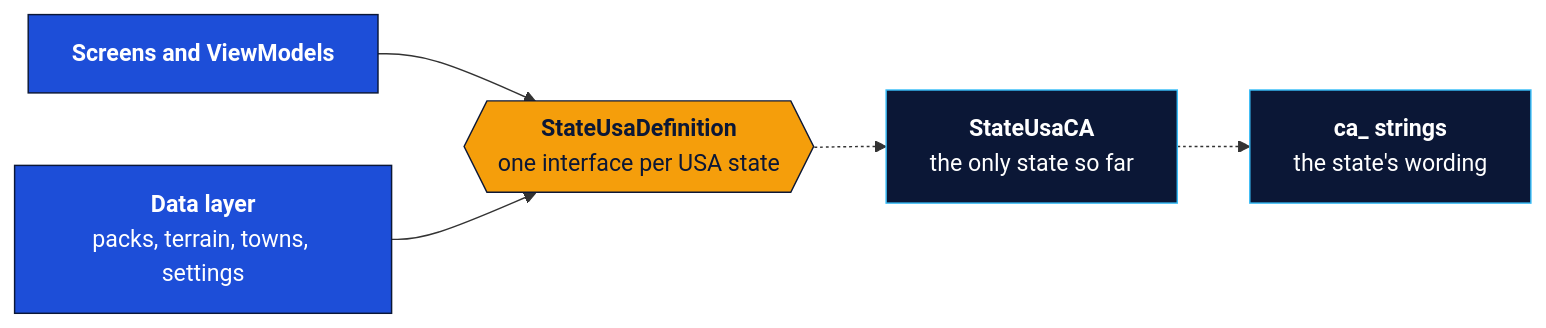
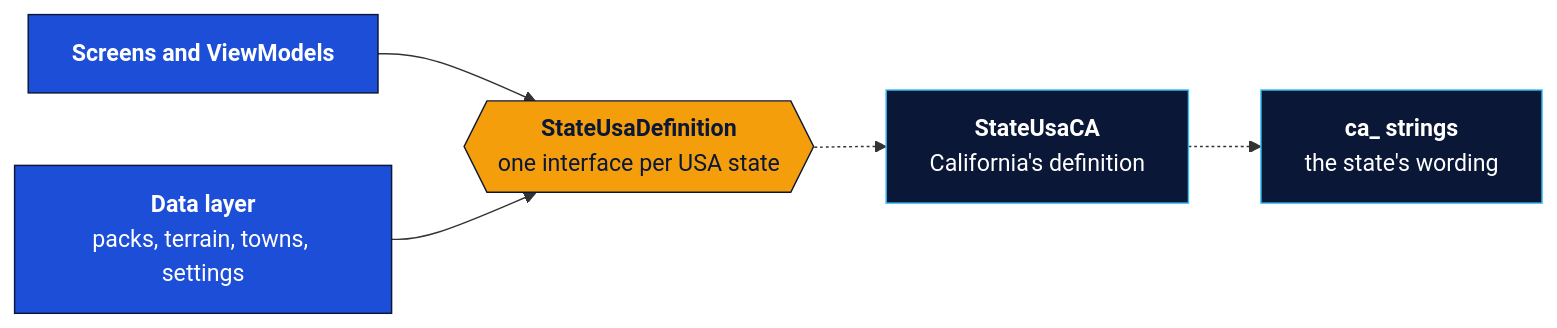
Before and after one commit to GeneSJC/CaliClimates_Kotlin: the second of 2 diagrams in README.md, drawn with Mermaid. The commit also changed other lines of this file and 1 other file, not shown here.

First line of the commit message:
README: the Architecture section follows the Code Fix Panda format

````diff
--- a/README.md
+++ b/README.md
@@ -282,13 +301,13 @@
 ```mermaid
 flowchart LR
     S["<b>Screens and ViewModels</b>"] --> D{{"<b>StateUsaDefinition</b><br/>one interface per USA state"}}
     L["<b>Data layer</b><br/>packs, terrain, towns, settings"] --> D
-    D -.-> CA["<b>StateUsaCA</b><br/>the only state so far"]
+    D -.-> CA["<b>StateUsaCA</b><br/>California's definition"]
     CA -.-> W["<b>ca_ strings</b><br/>the state's wording"]
     classDef a fill:#1D4ED8,stroke:#0B1736,color:#ffffff;
     classDef b fill:#0B1736,stroke:#38BDF8,color:#ffffff;
     classDef c fill:#F59E0B,stroke:#0B1736,color:#0B1736;
     class S,L a;
     class D c;
     class CA,W b;
 ```
````
